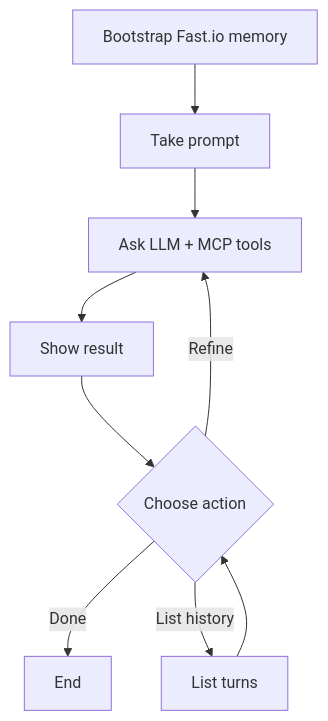
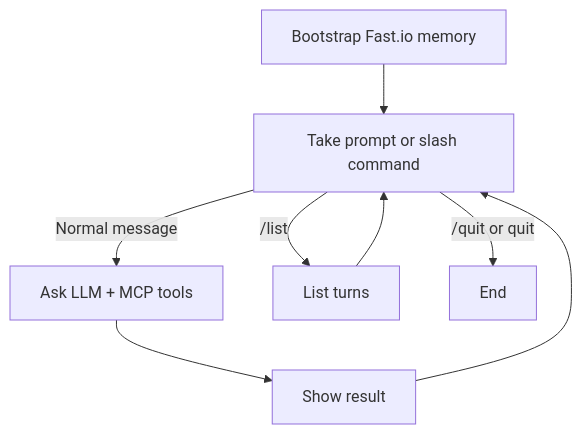
The diagram in langgraph-chat-fastio-memory/README.md (robstave/langchain-python), drawn with Mermaid before and after one commit. The commit also changed other lines of this file and 7 other files, not shown here.

Commit message:
Simplify FastIO chat prompt flow

````diff
--- a/langgraph-chat-fastio-memory/README.md
+++ b/langgraph-chat-fastio-memory/README.md
@@ -23,11 +23,10 @@
 ```mermaid
 flowchart TD
-    A[Bootstrap Fast.io memory] --> B[Take prompt]
-    B --> C[Ask LLM + MCP tools]
-    C --> D[Show result]
-    D --> E{Choose action}
-    E -->|Done| END[End]
-    E -->|Refine| C
-    E -->|List history| F[List turns]
-    F --> E
+    A[Bootstrap Fast.io memory] --> B[Take prompt or slash command]
+    B -->|Normal message| C[Ask LLM + MCP tools]
+    B -->|/list| D[List turns]
+    B -->|/quit or quit| END[End]
+    C --> E[Show result]
+    E --> B
+    D --> B
 ```
````
